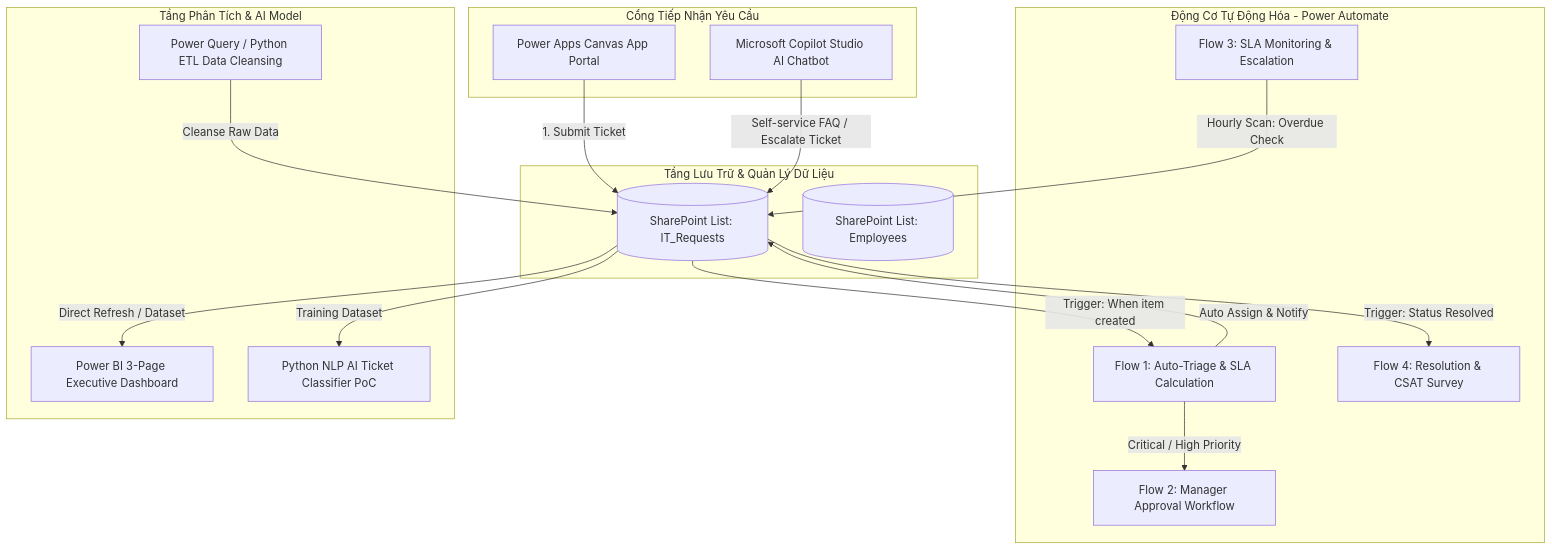
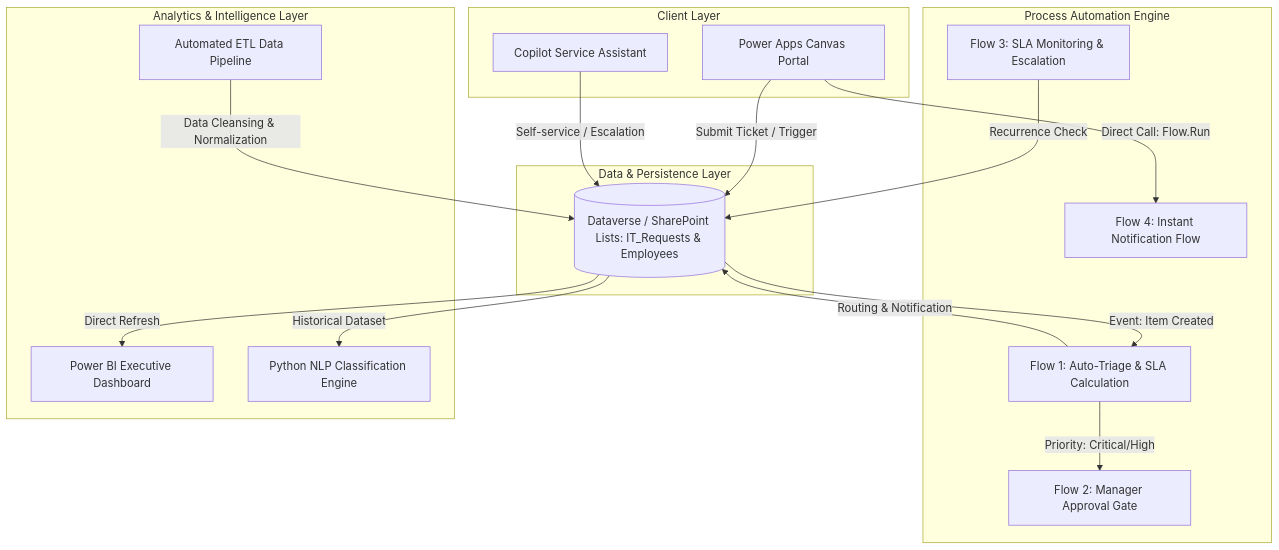
Before and after one commit to HoangTranVietKhai11/IT_Service_Automation_Platform: the diagram in README.md, drawn with Mermaid. The commit also changed other lines of this file, not shown here.

````diff
--- a/README.md
+++ b/README.md
@@ -19,36 +20,35 @@
 ```mermaid
 flowchart TD
-    subgraph Frontend_EntryPoints [Cổng Tiếp Nhận Yêu Cầu]
-        A[Power Apps Canvas App Portal]
-        B[Microsoft Copilot Studio AI Chatbot]
+    subgraph Client_Layer [Client Layer]
+        A[Power Apps Canvas Portal]
+        B[Copilot Service Assistant]
     end
 
-    subgraph Data_Layer [Tầng Lưu Trữ & Quản Lý Dữ Liệu]
-        C[(SharePoint List: IT_Requests)]
-        D[(SharePoint List: Employees)]
+    subgraph Data_Storage [Data & Persistence Layer]
+        C[(Dataverse / SharePoint Lists: IT_Requests & Employees)]
     end
 
-    subgraph Automation_Engine [Động Cơ Tự Động Hóa - Power Automate]
-        E[Flow 1: Auto-Triage & SLA Calculation]
-        F[Flow 2: Manager Approval Workflow]
-        G[Flow 3: SLA Monitoring & Escalation]
-        H[Flow 4: Resolution & CSAT Survey]
+    subgraph Automation_Workflows [Process Automation Engine]
+        D[Flow 1: Auto-Triage & SLA Calculation]
+        E[Flow 2: Manager Approval Gate]
+        F[Flow 3: SLA Monitoring & Escalation]
+        G[Flow 4: Instant Notification Flow]
     end
 
-    subgraph Analytics_AI [Tầng Phân Tích & AI Model]
-        I[Power BI 3-Page Executive Dashboard]
-        J[Python NLP AI Ticket Classifier PoC]
-        K[Power Query / Python ETL Data Cleansing]
+    subgraph Analytics_Intelligence [Analytics & Intelligence Layer]
+        H[Power BI Executive Dashboard]
+        I[Python NLP Classification Engine]
+        J[Automated ETL Data Pipeline]
     end
 
-    A -->|1. Submit Ticket| C
-    B -->|Self-service FAQ / Escalate Ticket| C
-    C -->|Trigger: When item created| E
-    E -->|Critical / High Priority| F
-    E -->|Auto Assign & Notify| C
-    G -->|Hourly Scan: Overdue Check| C
-    C -->|Trigger: Status Resolved| H
-    C -->|Direct Refresh / Dataset| I
-    C -->|Training Dataset| J
-    K -->|Cleanse Raw Data| C
+    A -->|Submit Ticket / Trigger| C
+    B -->|Self-service / Escalation| C
+    C -->|Event: Item Created| D
+    D -->|Priority: Critical/High| E
+    D -->|Routing & Notification| C
+    F -->|Recurrence Check| C
+    A -->|Direct Call: Flow.Run| G
+    C -->|Direct Refresh| H
+    C -->|Historical Dataset| I
+    J -->|Data Cleansing & Normalization| C
 ```
````
